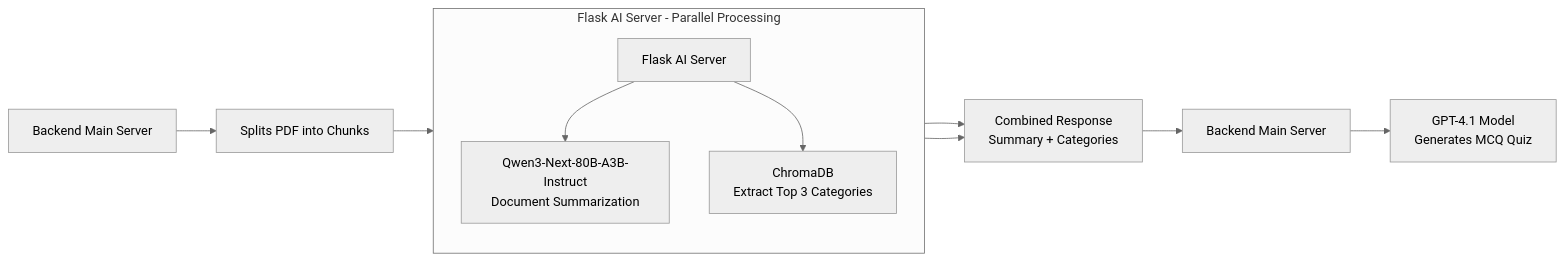
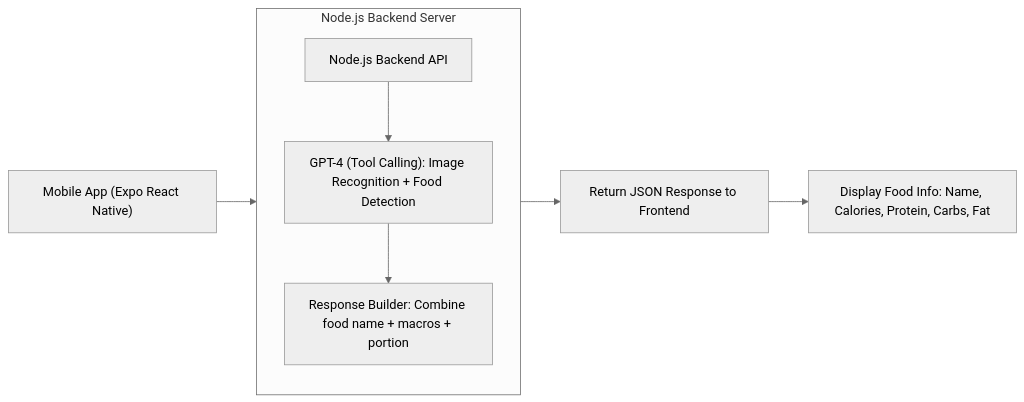
The first of 2 diagrams in README.md (annous246/Swipeat), drawn with Mermaid (neutral theme) before and after one commit. The commit also changed other lines of this file, not shown here.

````diff
--- a/README.md
+++ b/README.md
@@ -61,16 +61,13 @@
 ```mermaid
 flowchart LR
-    A[Backend Main Server] --> B[Splits PDF into Chunks]
-    B --> C[Flask AI Server]
+    A["Mobile App (Expo React Native)"] --> B["Node.js Backend API"]
 
-    subgraph FlaskServer [Flask AI Server - Parallel Processing]
+    subgraph Backend ["Node.js Backend Server"]
         direction TB
-        C --> D[Qwen3-Next-80B-A3B-Instruct\nDocument Summarization]
-        C --> E[ChromaDB\nExtract Top 3 Categories]
+        B --> C["GPT-4 (Tool Calling): Image Recognition + Food Detection"]
+        C --> E["Response Builder: Combine food name + macros + portion"]
     end
 
-    D --> F[Combined Response\nSummary + Categories]
-    E --> F
-    F --> G[Backend Main Server]
-    G --> H[GPT-4.1 Model\nGenerates MCQ Quiz]
+    E --> F["Return JSON Response to Frontend"]
+    F --> G["Display Food Info: Name, Calories, Protein, Carbs, Fat"]
 ```
````
